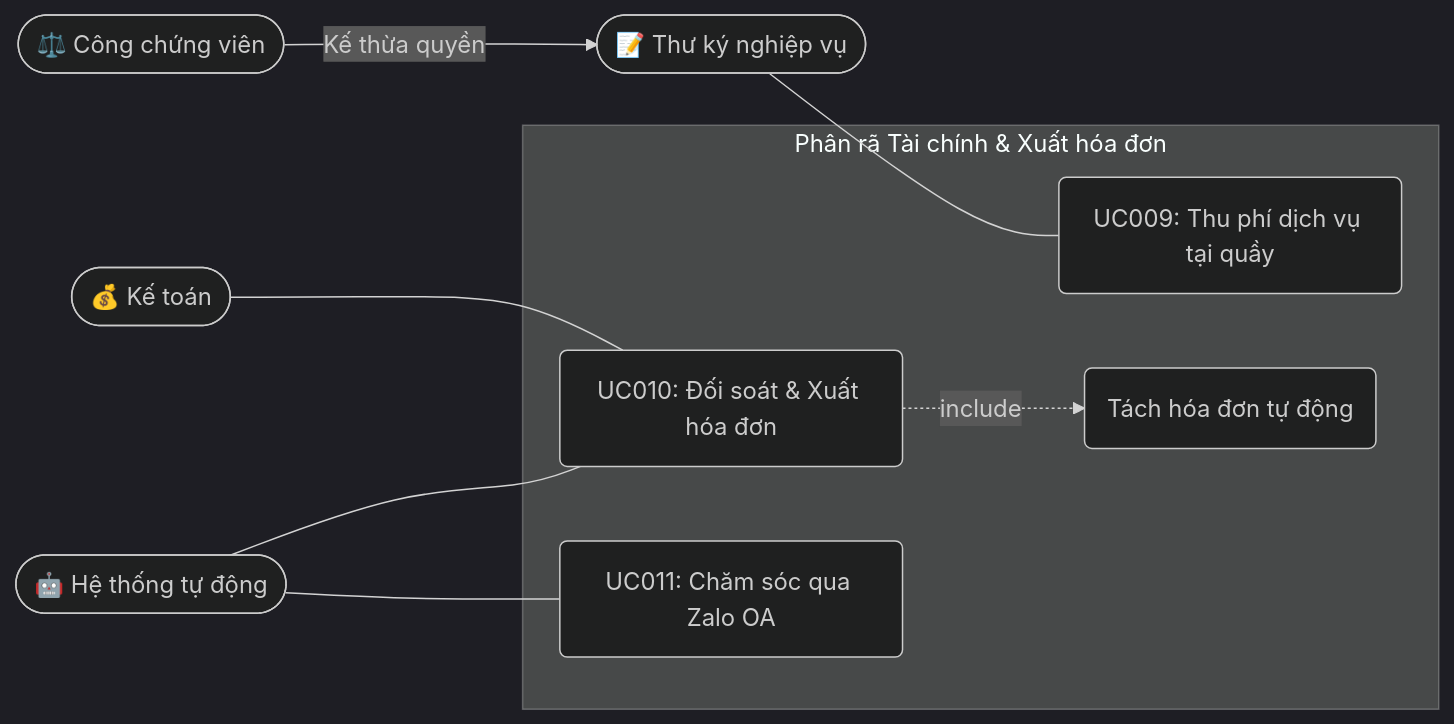
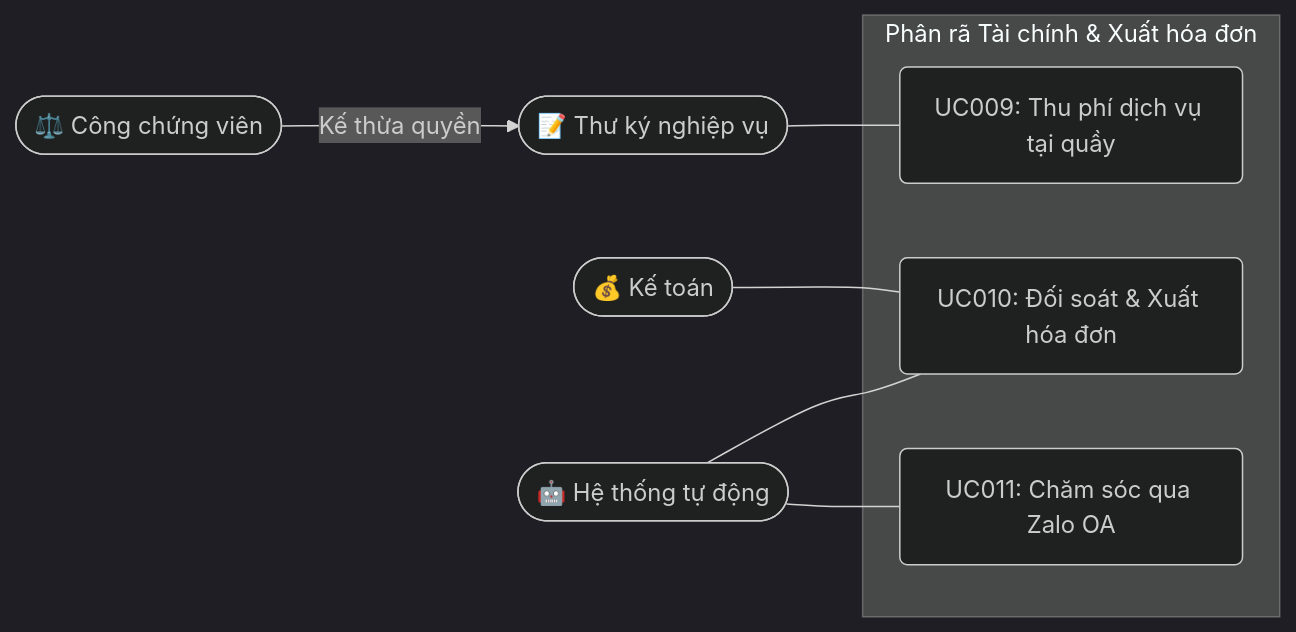
One commit to MinhHoang22/SRS_VPCC changed the seventh of 8 diagrams in docs/SRS_VPCC.md. Above: the diagram before and after it, drawn with Mermaid (dark theme). The commit also changed other lines of this file, not shown here.

````diff
--- a/docs/SRS_VPCC.md
+++ b/docs/SRS_VPCC.md
@@ -459,24 +464,20 @@
 ```mermaid
 flowchart LR
     Sec(["📝 Thư ký nghiệp vụ"])
     CCV(["⚖️ Công chứng viên"])
     Acc(["💰 Kế toán"])
     Sys(["🤖 Hệ thống tự động"])
 
     subgraph Billing_Decomposed ["Phân rã Tài chính & Xuất hóa đơn"]
         UC009("UC009: Thu phí dịch vụ tại quầy")
         UC010("UC010: Đối soát & Xuất hóa đơn")
         UC011("UC011: Chăm sóc qua Zalo OA")
-        
-        UC_Split("Tách hóa đơn tự động")
     end
 
     CCV -->|Kế thừa quyền| Sec
 
     Sec --- UC009
     Acc --- UC010
     Sys --- UC010
     Sys --- UC011
-    
-    UC010 -.->|include| UC_Split
 ```
````
